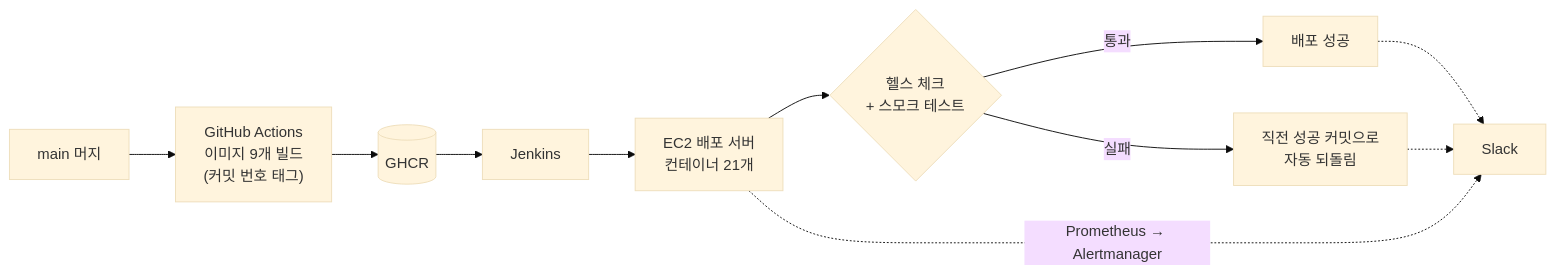
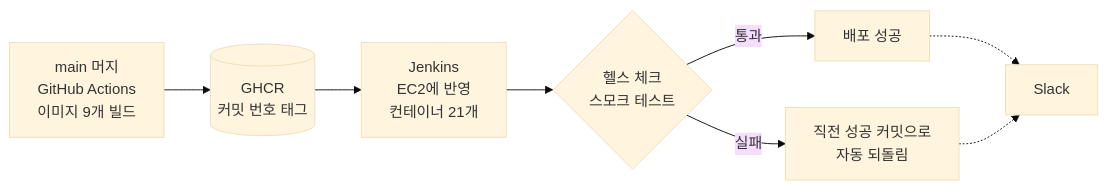
The seventh of 8 diagrams in README.md (GGangMY/high-quality-ticketing-system), drawn with Mermaid (base theme) before and after one commit. The commit also changed other lines of this file, not shown here.

Commit message:
docs(readme): 다이어그램 배치를 GitHub 화면 폭에 맞게 고치고 배지를 키움 #ISE-308

````diff
--- a/README.md
+++ b/README.md
@@ -318,13 +309,10 @@
 ```mermaid
 flowchart LR
-  M["main 머지"] --> GA["GitHub Actions<br/>이미지 9개 빌드<br/>(커밋 번호 태그)"]
-  GA --> GH[("GHCR")]
-  GH --> J["Jenkins"]
-  J --> EC2["EC2 배포 서버<br/>컨테이너 21개"]
-  EC2 --> CK{"헬스 체크<br/>+ 스모크 테스트"}
+  GA["main 머지<br/>GitHub Actions<br/>이미지 9개 빌드"] --> GH[("GHCR<br/>커밋 번호 태그")]
+  GH --> J["Jenkins<br/>EC2에 반영<br/>컨테이너 21개"]
+  J --> CK{"헬스 체크<br/>스모크 테스트"}
   CK -->|통과| OK["배포 성공"]
   CK -->|실패| RB["직전 성공 커밋으로<br/>자동 되돌림"]
   OK -.-> SL["Slack"]
   RB -.-> SL
-  EC2 -.->|"Prometheus → Alertmanager"| SL
 ```
````
